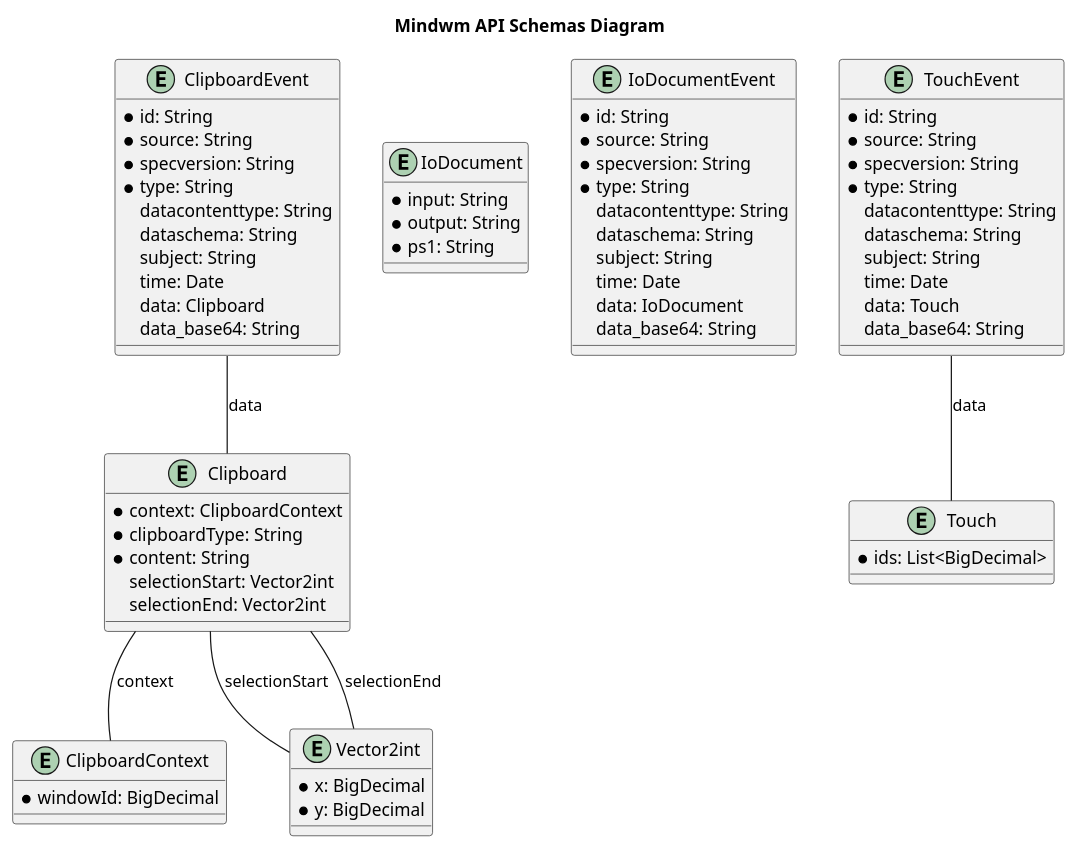
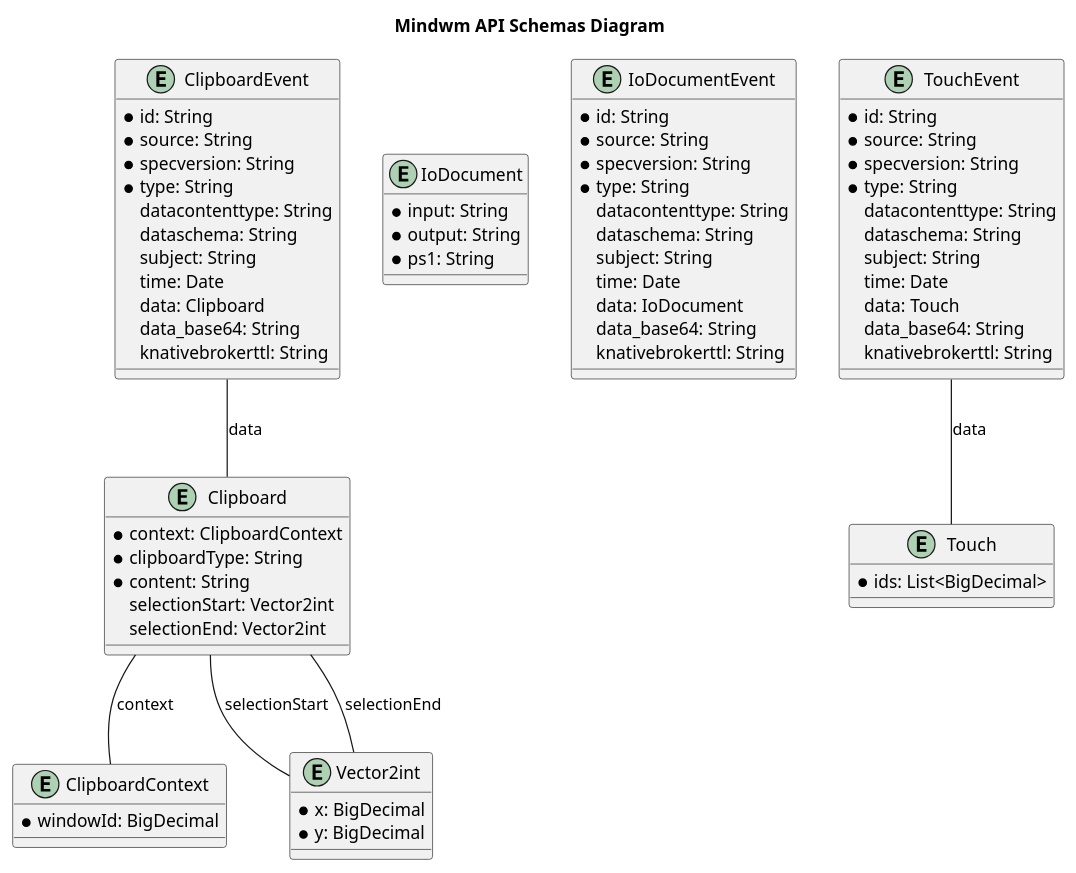
The diagram in generated/openapi/plantuml/schemas.plantuml (mindwm/mindwm-api), drawn with PlantUML before and after one commit. The commit also changed 141 other files, not shown here.

```diff
--- a/generated/openapi/plantuml/schemas.plantuml
+++ b/generated/openapi/plantuml/schemas.plantuml
@@ -1,78 +1,81 @@
 @startuml
 
 title Mindwm API Schemas Diagram
 
 entity Clipboard {
     * context: ClipboardContext
     * clipboardType: String
     * content: String
     selectionStart: Vector2int
     selectionEnd: Vector2int
 }
 
 entity ClipboardContext {
     * windowId: BigDecimal
 }
 
 entity ClipboardEvent {
     * id: String
     * source: String
     * specversion: String
     * type: String
     datacontenttype: String
     dataschema: String
     subject: String
     time: Date
     data: Clipboard
     data_base64: String
+    knativebrokerttl: String
 }
 
 entity IoDocument {
     * input: String
     * output: String
     * ps1: String
 }
 
 entity IoDocumentEvent {
     * id: String
     * source: String
     * specversion: String
     * type: String
     datacontenttype: String
     dataschema: String
     subject: String
     time: Date
     data: IoDocument
     data_base64: String
+    knativebrokerttl: String
 }
 
 entity Touch {
     * ids: List<BigDecimal>
 }
 
 entity TouchEvent {
     * id: String
     * source: String
     * specversion: String
     * type: String
     datacontenttype: String
     dataschema: String
     subject: String
     time: Date
     data: Touch
     data_base64: String
+    knativebrokerttl: String
 }
 
 entity Vector2int {
     * x: BigDecimal
     * y: BigDecimal
 }
 
 
 ClipboardEvent -- Clipboard : data
 TouchEvent -- Touch : data
 Clipboard -- ClipboardContext : context
 Clipboard -- Vector2int : selectionStart
 Clipboard -- Vector2int : selectionEnd
 
 @enduml
```
